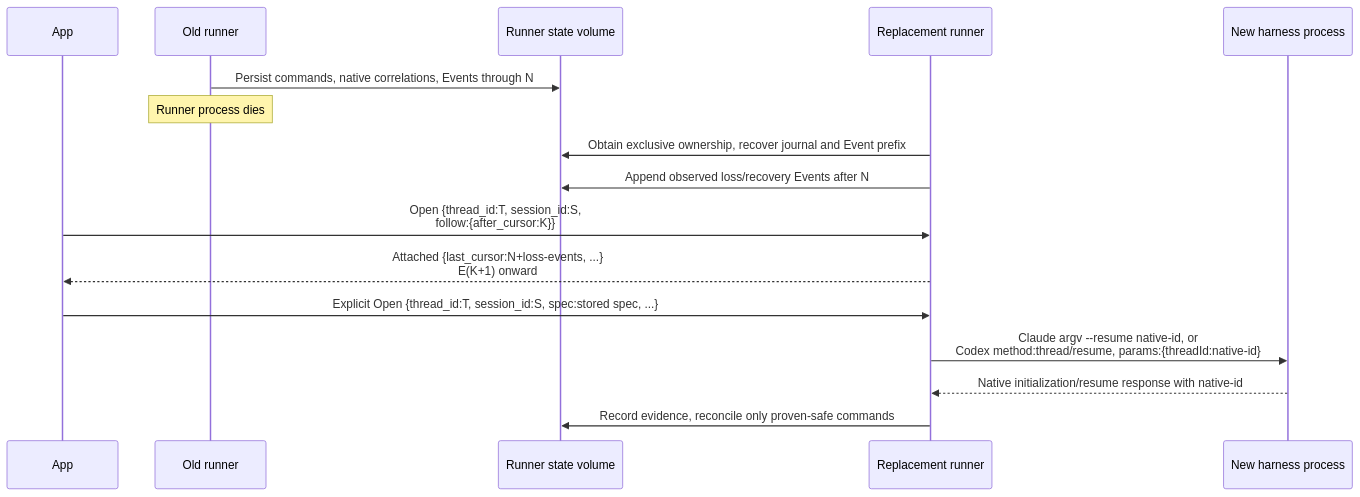
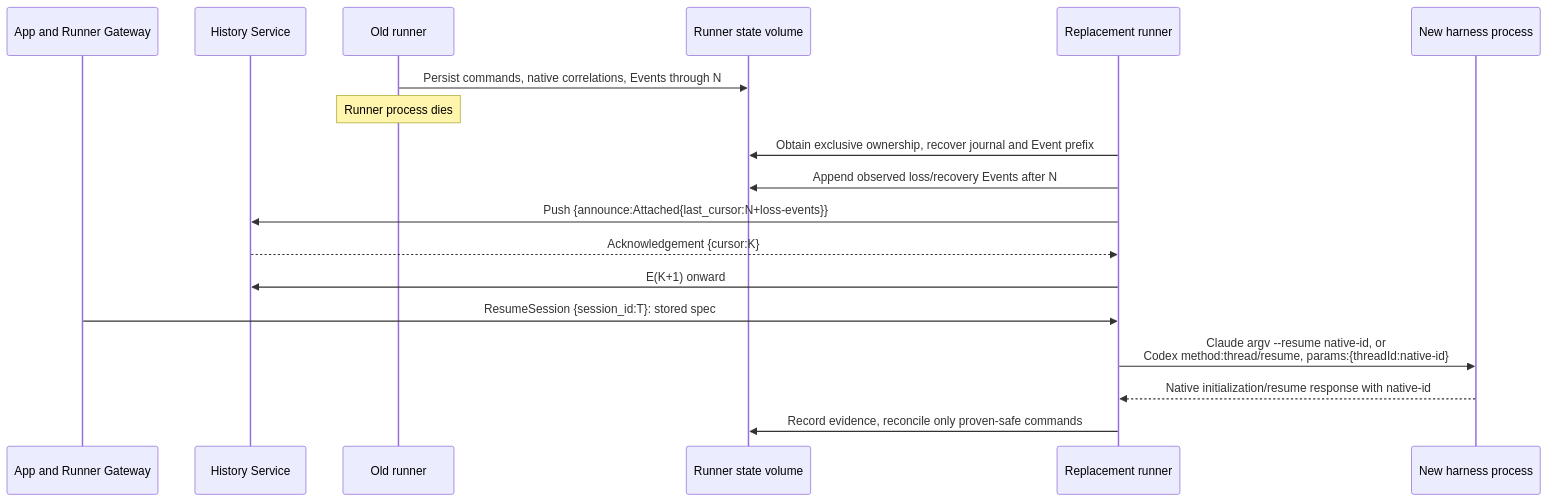
Before and after one commit to agentydragon-agent/ducktape: the sixth of 6 diagrams in agentplane/docs/thread_layering.md, drawn with Mermaid. The commit also changed other lines of this file and 19 other files, not shown here.

````diff
--- a/agentplane/docs/thread_layering.md
+++ b/agentplane/docs/thread_layering.md
@@ -456,18 +463,20 @@
 ```mermaid
 sequenceDiagram
-    participant A as App
+    participant A as App and Runner Gateway
+    participant HS as History Service
     participant R1 as Old runner
     participant S as Runner state volume
     participant R2 as Replacement runner
     participant H as New harness process
     R1->>S: Persist commands, native correlations, Events through N
     Note over R1: Runner process dies
     R2->>S: Obtain exclusive ownership, recover journal and Event prefix
     R2->>S: Append observed loss/recovery Events after N
-    A->>R2: Open {thread_id:T, session_id:S,<br/>follow:{after_cursor:K}}
-    R2-->>A: Attached {last_cursor:N+loss-events, ...}<br/>E(K+1) onward
-    A->>R2: Explicit Open {thread_id:T, session_id:S, spec:stored spec, ...}
+    R2->>HS: Push {announce:Attached{last_cursor:N+loss-events}}
+    HS-->>R2: Acknowledgement {cursor:K}
+    R2->>HS: E(K+1) onward
+    A->>R2: ResumeSession {session_id:T}: stored spec
     R2->>H: Claude argv --resume native-id, or<br/>Codex method:thread/resume, params:{threadId:native-id}
     H-->>R2: Native initialization/resume response with native-id
     R2->>S: Record evidence, reconcile only proven-safe commands
 ```
````
